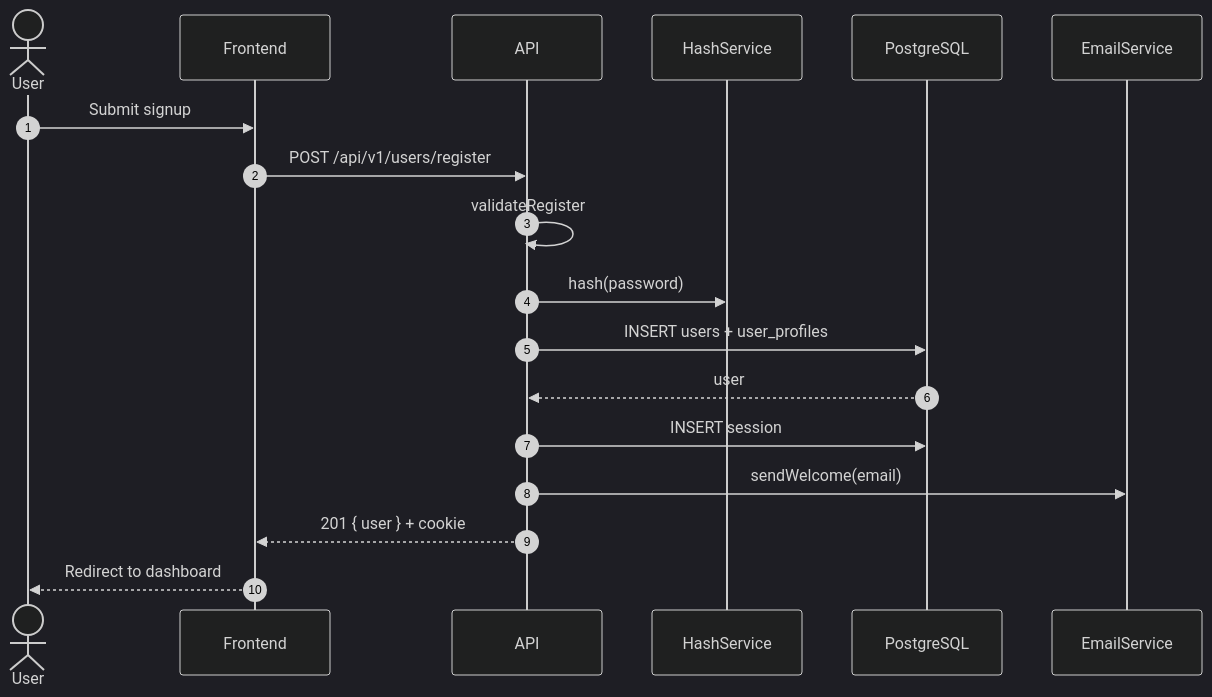
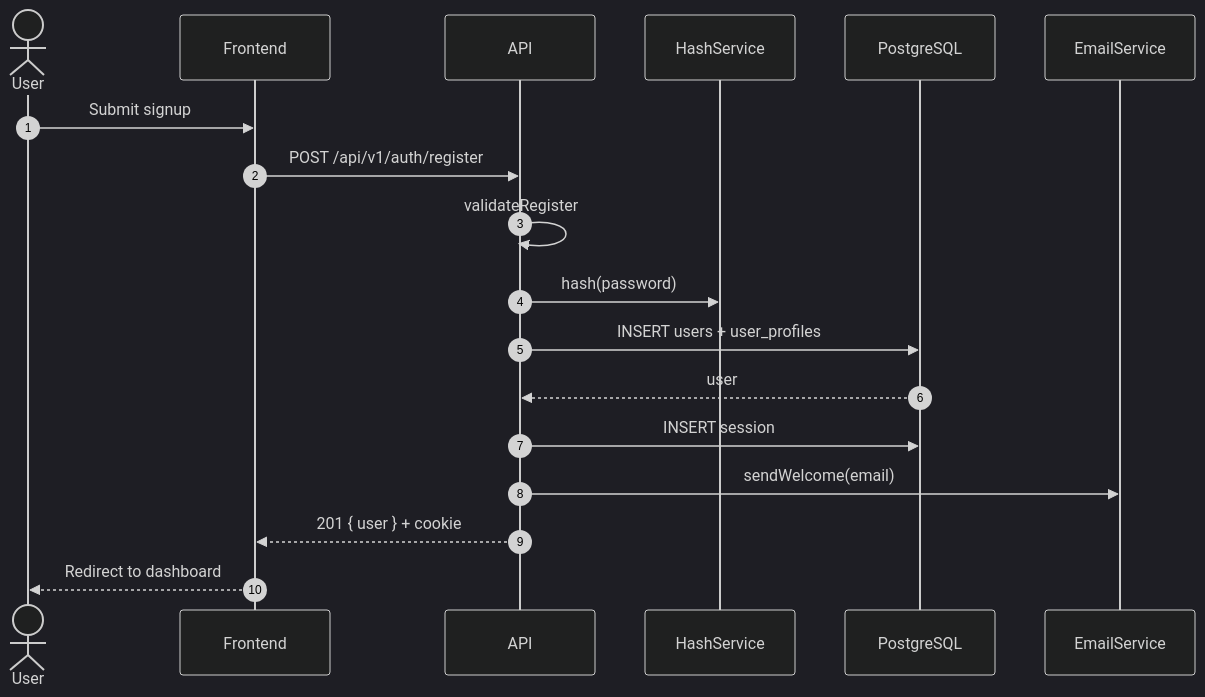
One commit to Rafy-Tho/LearnSphere changed the second of 12 diagrams in docs/diagrams/sequence-diagrams.md. Above: the diagram before and after it, drawn with Mermaid (dark theme). The commit also changed other lines of this file and 65 other files, not shown here.

````diff
--- a/docs/diagrams/sequence-diagrams.md
+++ b/docs/diagrams/sequence-diagrams.md
@@ -37,21 +37,21 @@
 ```mermaid
 sequenceDiagram
   autonumber
   actor U as User
   participant F as Frontend
   participant A as API
   participant H as HashService
   participant DB as PostgreSQL
   participant E as EmailService
 
   U->>F: Submit signup
-  F->>A: POST /api/v1/users/register
+  F->>A: POST /api/v1/auth/register
   A->>A: validateRegister
   A->>H: hash(password)
   A->>DB: INSERT users + user_profiles
   DB-->>A: user
   A->>DB: INSERT session
   A->>E: sendWelcome(email)
   A-->>F: 201 { user } + cookie
   F-->>U: Redirect to dashboard
 ```
````
